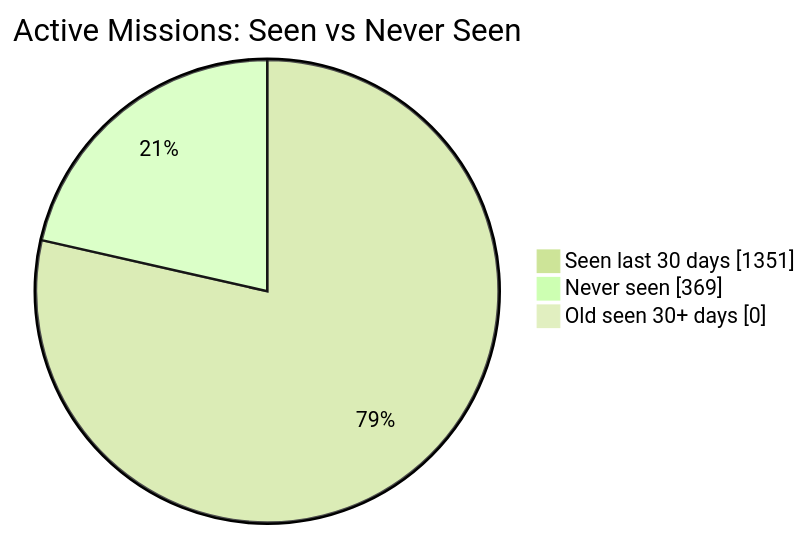
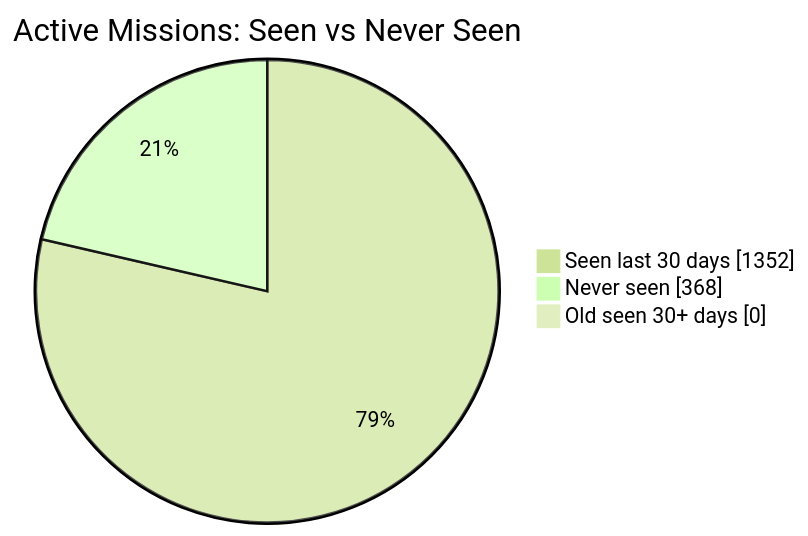
Before and after one commit to MeldkamerspelGameTeam/active-missions: the first of 2 diagrams in README.md, drawn with Mermaid (forest theme). The commit also changed other lines of this file and 2 other files, not shown here.

````diff
--- a/README.md
+++ b/README.md
@@ -34,7 +34,7 @@
 ```mermaid
 pie showData
     title Active Missions: Seen vs Never Seen
-    "Seen last 30 days" : 1351
-    "Never seen" : 369
+    "Seen last 30 days" : 1352
+    "Never seen" : 368
     "Old seen 30+ days" : 0
 ```
````
